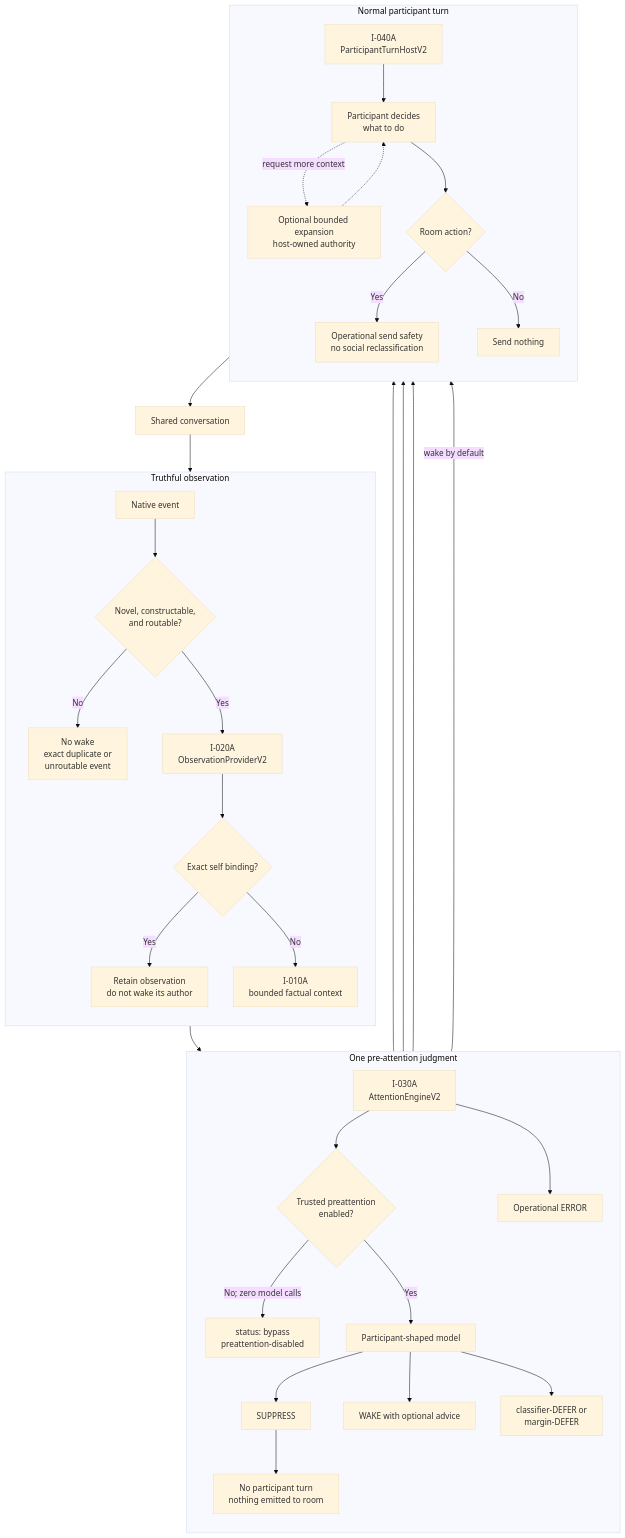
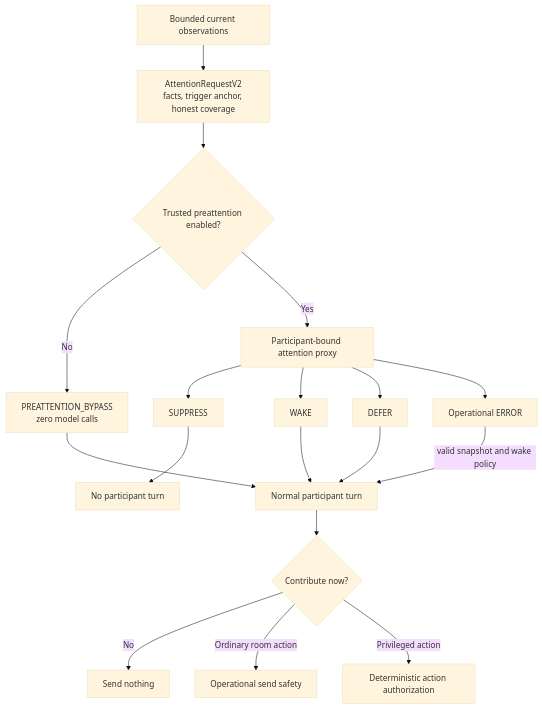
One commit to mentatzoe/nunchi changed the fourth of 8 diagrams in docs/architecture/v2-selected-design.md. Above: the diagram before and after it, drawn with Mermaid (base theme). The commit also changed other lines of this file and 3 other files, not shown here.

Commit message:
docs(v2): bind live freshness and action authorization

````diff
--- a/docs/architecture/v2-selected-design.md
+++ b/docs/architecture/v2-selected-design.md
@@ -20,66 +143,20 @@
 ```mermaid
 flowchart TB
-    Room["Shared conversation"]
-
-    subgraph Observe["Truthful observation"]
-        direction TB
-        Event["Native event"]
-        Native{"Novel, constructable,<br/>and routable?"}
-        NonEvent["No wake<br/>exact duplicate or<br/>unroutable event"]
-        Provider["I-020A<br/>ObservationProviderV2"]
-        Self{"Exact self binding?"}
-        SelfEvent["Retain observation<br/>do not wake its author"]
-        Request["I-010A<br/>bounded factual context"]
-    end
-
-    subgraph Attention["One pre-attention judgment"]
-        direction TB
-        Engine["I-030A<br/>AttentionEngineV2"]
-        Enabled{"Trusted preattention<br/>enabled?"}
-        Model["Participant-shaped model"]
-        Suppress["SUPPRESS"]
-        NoTurn["No participant turn<br/>nothing emitted to room"]
-        Wake["WAKE with optional advice"]
-        Defer["classifier-DEFER or<br/>margin-DEFER"]
-        Bypass["status: bypass<br/>preattention-disabled"]
-        Error["Operational ERROR"]
-    end
-
-    subgraph Contribution["Normal participant turn"]
-        direction TB
-        Host["I-040A<br/>ParticipantTurnHostV2"]
-        Expand["Optional bounded expansion<br/>host-owned authority"]
-        Participant["Participant decides<br/>what to do"]
-        Action{"Room action?"}
-        Send["Operational send safety<br/>no social reclassification"]
-        Silence["Send nothing"]
-    end
-
-    Room --> Event
-    Event --> Native
-    Native -->|"No"| NonEvent
-    Native -->|"Yes"| Provider
-    Provider --> Self
-    Self -->|"Yes"| SelfEvent
-    Self -->|"No"| Request
-    Request --> Engine
-    Engine --> Enabled
-    Enabled -->|"No; zero model calls"| Bypass
-    Enabled -->|"Yes"| Model
-    Model --> Suppress
-    Model --> Wake
-    Model --> Defer
-    Engine --> Error
-    Wake --> Host
-    Defer --> Host
-    Bypass --> Host
-    Error -->|"wake by default"| Host
-    Suppress --> NoTurn
-    Host --> Participant
-    Participant -.->|"request more context"| Expand
-    Expand -.-> Participant
-    Participant --> Action
-    Action -->|"Yes"| Send
-    Action -->|"No"| Silence
-    Send --> Room
+    Observations["Bounded current observations"] --> Request["AttentionRequestV2<br/>facts, trigger anchor, honest coverage"]
+    Request --> Policy{"Trusted preattention enabled?"}
+    Policy -->|"No"| Bypass["PREATTENTION_BYPASS<br/>zero model calls"]
+    Policy -->|"Yes"| Proxy["Participant-bound attention proxy"]
+    Proxy --> Suppress["SUPPRESS"]
+    Proxy --> Wake["WAKE"]
+    Proxy --> Defer["DEFER"]
+    Proxy --> Error["Operational ERROR"]
+    Wake --> Participant["Normal participant turn"]
+    Defer --> Participant
+    Bypass --> Participant
+    Error -->|"valid snapshot and wake policy"| Participant
+    Suppress --> NoWake["No participant turn"]
+    Participant --> Act{"Contribute now?"}
+    Act -->|"No"| Silent["Send nothing"]
+    Act -->|"Ordinary room action"| Send["Operational send safety"]
+    Act -->|"Privileged action"| Guard["Deterministic action authorization"]
 ```
````
